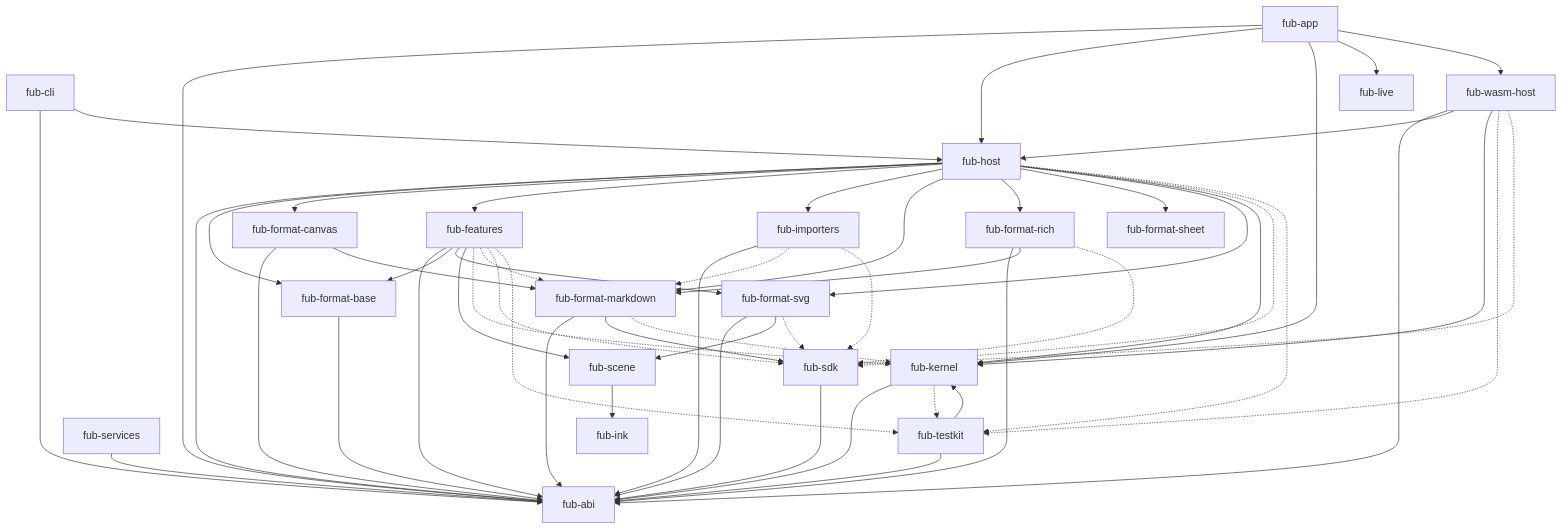
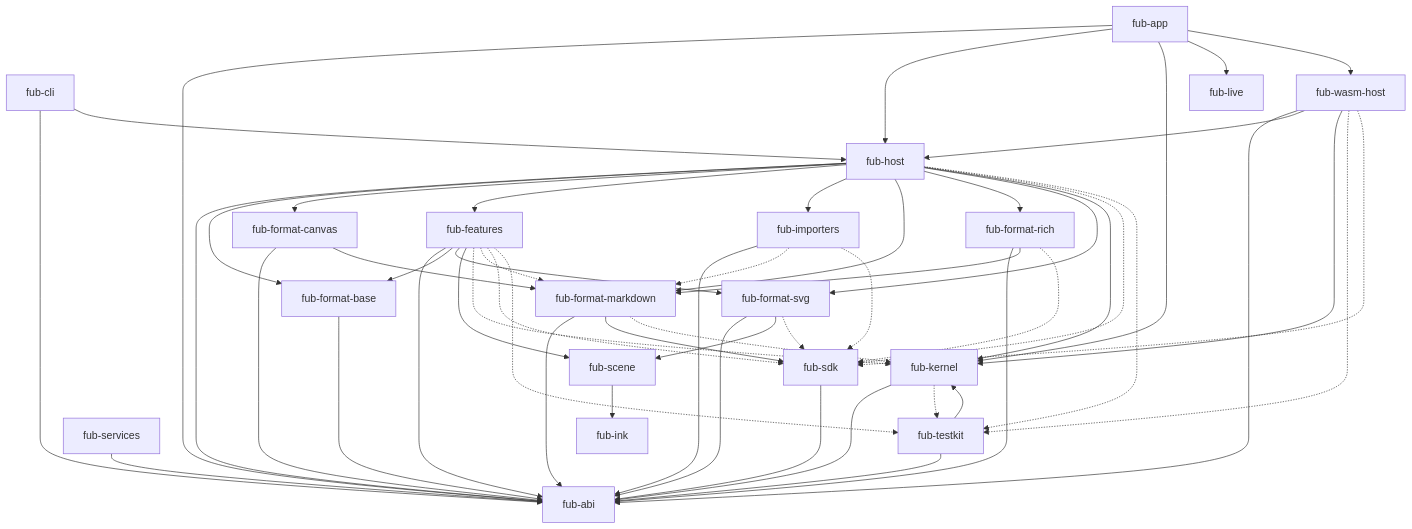
One commit to Fubeo/Fub changed the first of 4 diagrams in docs/architecture/overview.md. Above: the diagram before and after it, drawn with Mermaid. The commit also changed other lines of this file and 73 other files, not shown here.

````diff
--- a/docs/architecture/overview.md
+++ b/docs/architecture/overview.md
@@ -29,82 +29,80 @@
 ```mermaid
 flowchart TD
     %% @grafo-dipendenze
     %% Questo blocco è confrontato con cargo metadata da dependency_invariant.rs.
 
     app["fub-app"]
     host["fub-host"]
     features["fub-features"]
     markdown["fub-format-markdown"]
-    sheet["fub-format-sheet"]
     base["fub-format-base"]
     canvas["fub-format-canvas"]
     svg["fub-format-svg"]
     scene["fub-scene"]
     ink["fub-ink"]
     rich["fub-format-rich"]
     importers["fub-importers"]
     cli["fub-cli"]
     services["fub-services"]
     live["fub-live"]
     wasmhost["fub-wasm-host"]
     sdk["fub-sdk"]
     testkit["fub-testkit"]
     kernel["fub-kernel"]
     abi["fub-abi"]
 
     app --> abi
     app --> host
     app --> kernel
     app --> live
     app --> wasmhost
     host --> abi
     host --> base
     host --> canvas
     host --> features
     host --> importers
     host --> markdown
     host --> rich
-    host --> sheet
     host --> svg
     host --> kernel
     cli --> abi
     cli --> host
     services --> abi
     base --> abi
     canvas --> abi
     canvas --> markdown
     rich --> abi
     rich --> markdown
     importers --> abi
     features --> abi
     features --> base
     features --> svg
     features --> scene
     markdown --> abi
     markdown --> sdk
     svg --> abi
     svg --> scene
     scene --> ink
     wasmhost --> abi
     wasmhost --> host
     wasmhost --> kernel
     kernel --> abi
     sdk --> abi
     testkit --> abi
     testkit --> kernel
 
     features -.-> kernel
     features -.-> markdown
     features -.-> sdk
     features -.-> testkit
     markdown -.-> kernel
     kernel -.-> testkit
     host -.-> sdk
     host -.-> testkit
     wasmhost -.-> testkit
     wasmhost -.-> sdk
     importers -.-> markdown
     importers -.-> sdk
     svg -.-> sdk
     rich -.-> sdk
 ```
````
